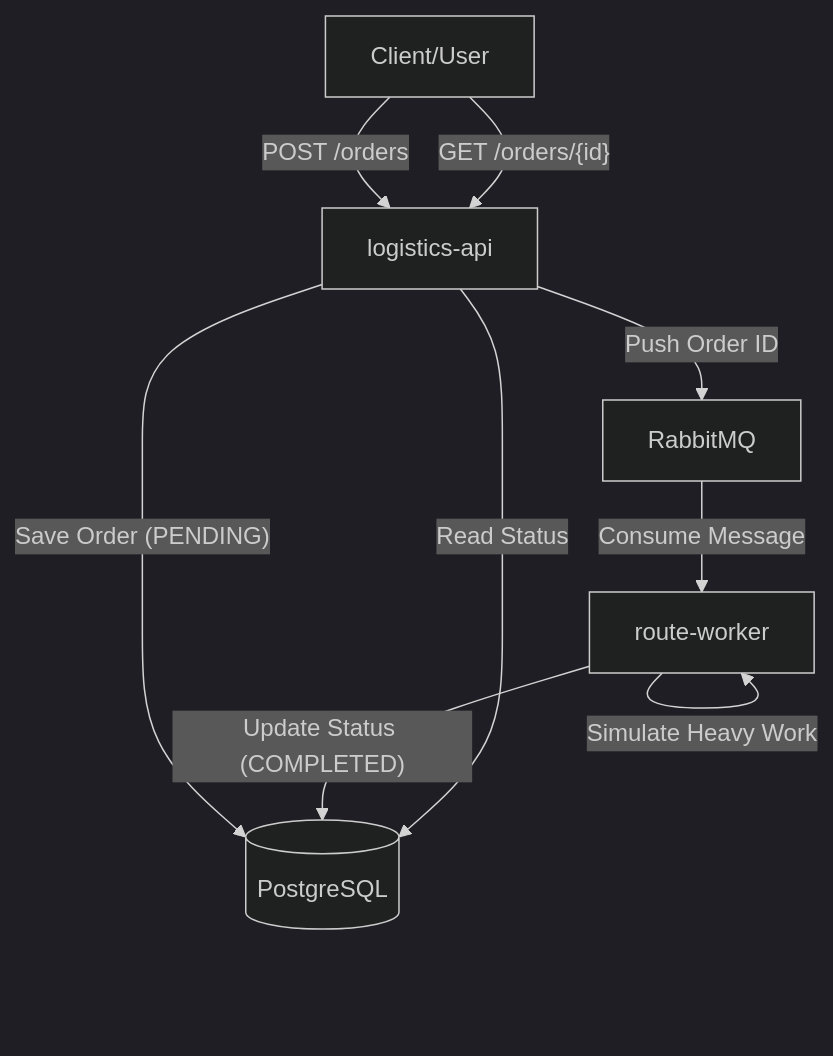
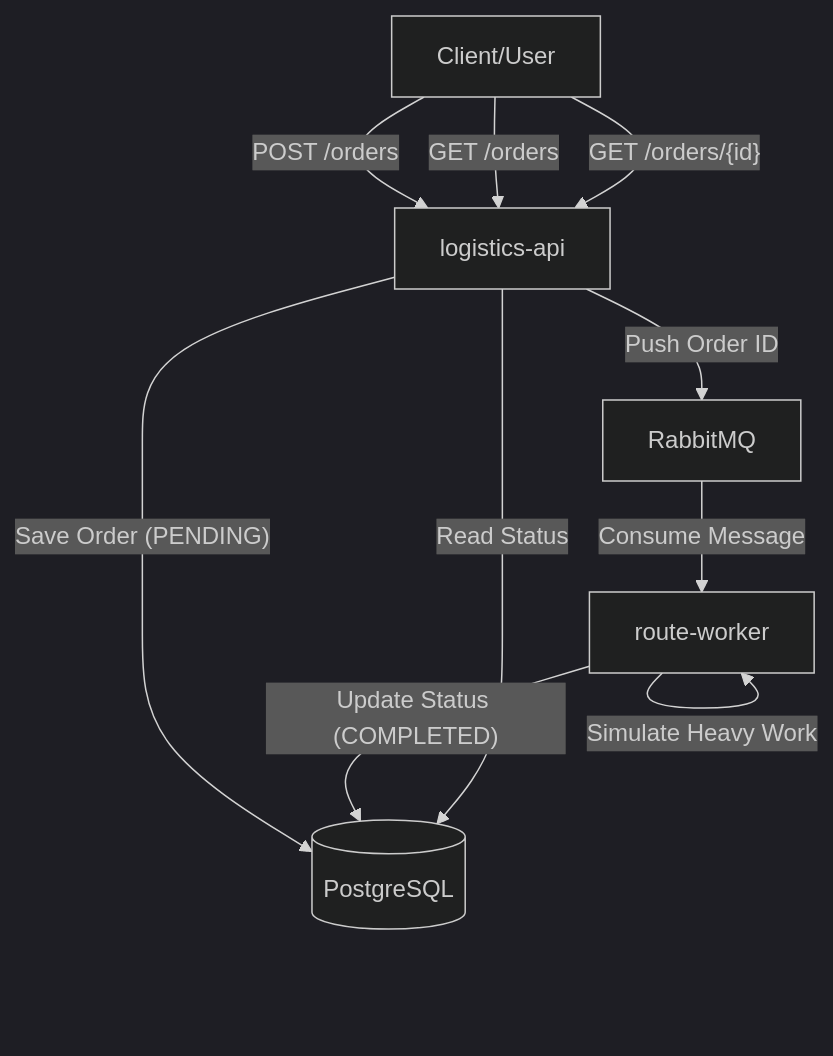
Before and after one commit to dawidbera/enterprise-logistics-hub: the diagram in README.md, drawn with Mermaid (dark theme). The commit also changed 1 other file, not shown here.

Commit message:
docs: update READMEs with new API endpoint and OpenShift build lessons

````diff
--- a/README.md
+++ b/README.md
@@ -12,11 +12,12 @@
 ```mermaid
 graph TD
     Client[Client/User] -- "POST /orders" --> API[logistics-api]
     API -- "Save Order (PENDING)" --> DB[(PostgreSQL)]
     API -- "Push Order ID" --> RMQ[RabbitMQ]
     RMQ -- "Consume Message" --> Worker[route-worker]
     Worker -- "Simulate Heavy Work" --> Worker
     Worker -- "Update Status (COMPLETED)" --> DB
+    Client -- "GET /orders" --> API
     Client -- "GET /orders/{id}" --> API
     API -- "Read Status" --> DB
 ```
````
